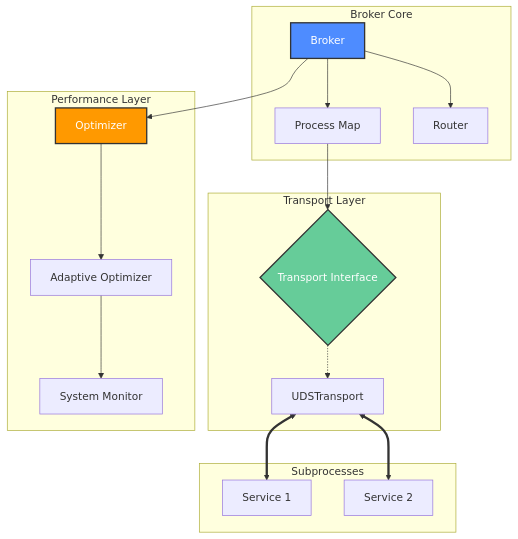
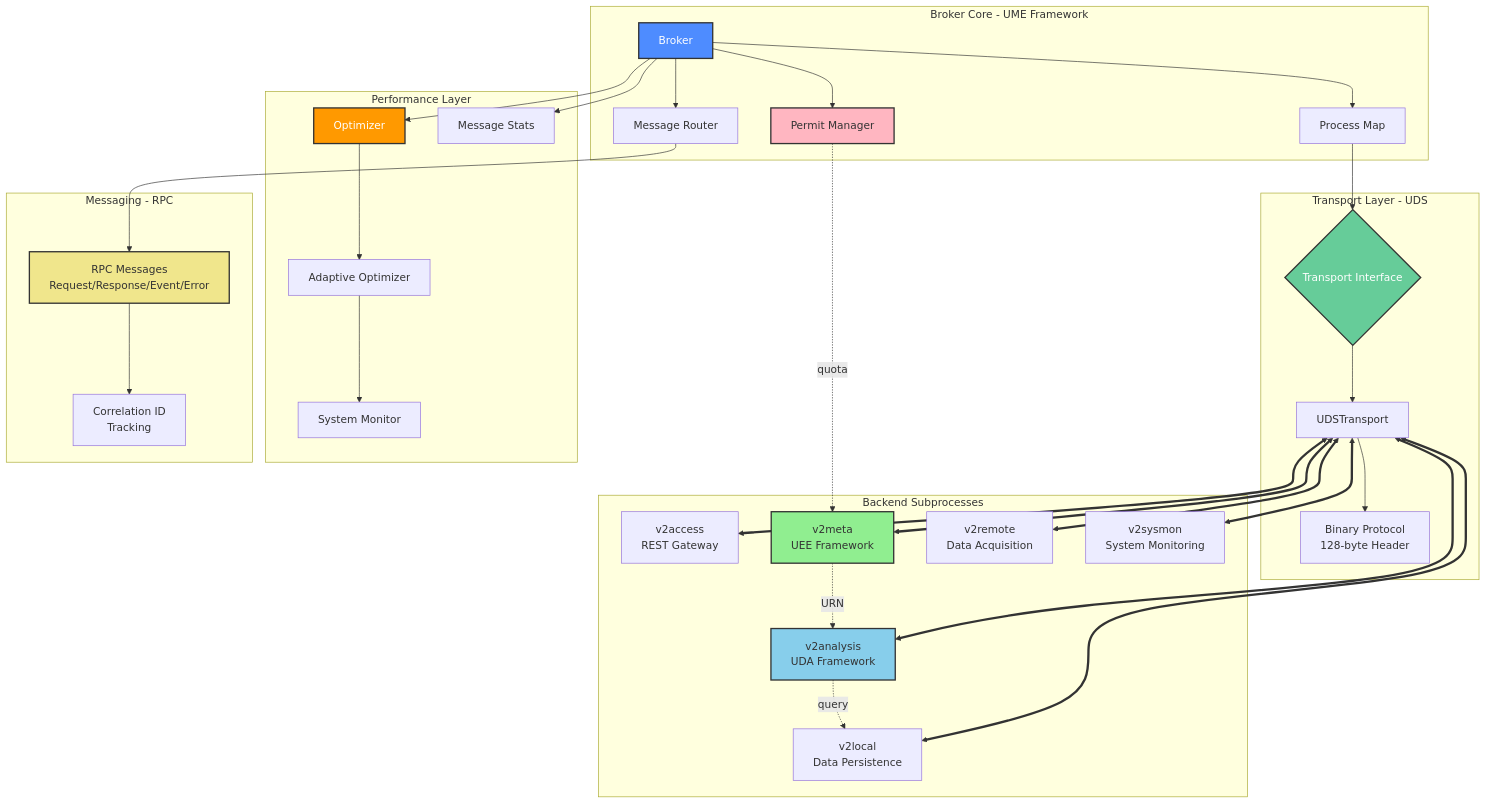
The third of 3 diagrams in README.md (cyw0ng95/v2e), drawn with Mermaid before and after one commit. The commit also changed other lines of this file, not shown here.

Commit message:
docs: document UEE, UDA, UME frameworks with URN and RPC building blocks

````diff
--- a/README.md
+++ b/README.md
@@ -697,41 +955,71 @@
 ```mermaid
 graph TB
-    subgraph "Broker Core"
+    subgraph "Broker Core - UME Framework"
         B[Broker]
         P[Process Map]
-        R[Router]
+        R[Message Router]
+        PM[Permit Manager]
     end
 
-    subgraph "Transport Layer"
+    subgraph "Transport Layer - UDS"
         TI{Transport Interface}
         UDS[UDSTransport]
+        BIN[Binary Protocol<br/>128-byte Header]
     end
 
     subgraph "Performance Layer"
         OPT[Optimizer]
         AO[Adaptive Optimizer]
         SM[System Monitor]
+        STATS[Message Stats]
     end
 
-    subgraph "Subprocesses"
-        S1[Service 1]
-        S2[Service 2]
+    subgraph "Backend Subprocesses"
+        ACCESS[v2access<br/>REST Gateway]
+        META[v2meta<br/>UEE Framework]
+        LOCAL[v2local<br/>Data Persistence]
+        REMOTE[v2remote<br/>Data Acquisition]
+        SYSMON[v2sysmon<br/>System Monitoring]
+        ANALYSIS[v2analysis<br/>UDA Framework]
+    end
+
+    subgraph "Messaging - RPC"
+        RPC[RPC Messages<br/>Request/Response/Event/Error]
+        CORR[Correlation ID<br/>Tracking]
     end
 
     B --> P
     B --> R
     B --> OPT
+    B --> PM
 
     OPT --> AO
     AO --> SM
+    B --> STATS
 
     P --> TI
-    TI -.-> UDS
+    TI --> UDS
+    UDS --> BIN
 
-    UDS <==> S1
-    UDS <==> S2
+    R --> RPC
+    RPC --> CORR
+
+    UDS <==> ACCESS
+    UDS <==> META
+    UDS <==> LOCAL
+    UDS <==> REMOTE
+    UDS <==> SYSMON
+    UDS <==> ANALYSIS
+
+    PM -.quota.-> META
+    META -.URN.-> ANALYSIS
+    ANALYSIS -.query.-> LOCAL
 
     style B fill:#4e8cff,stroke:#333,stroke-width:2px,color:#fff
     style OPT fill:#ff9900,stroke:#333,stroke-width:2px,color:#fff
     style TI fill:#66cc99,stroke:#333,stroke-width:2px,color:#fff
+    style META fill:#90EE90,stroke:#333,stroke-width:2px
+    style ANALYSIS fill:#87CEEB,stroke:#333,stroke-width:2px
+    style RPC fill:#F0E68C,stroke:#333,stroke-width:2px
+    style PM fill:#FFB6C1,stroke:#333,stroke-width:2px
 ```
````
